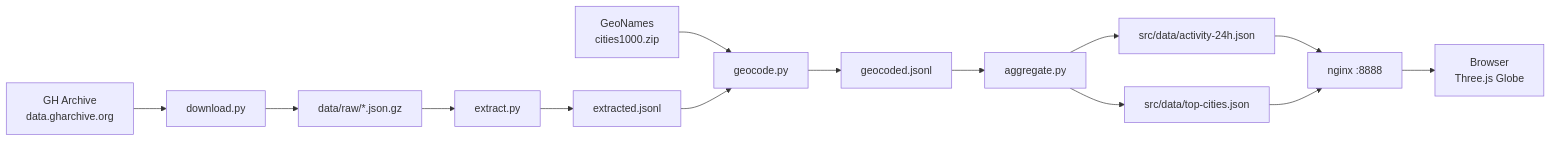
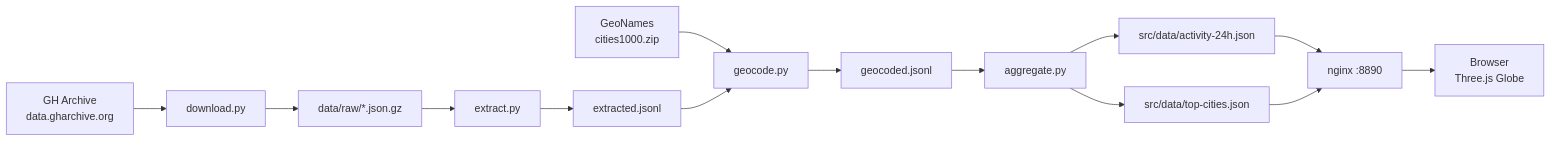
Before and after one commit to ai-coding-lab/coders-follow-the-sun: the first of 3 diagrams in doc/architecture.md, drawn with Mermaid. The commit also changed other lines of this file and 4 other files, not shown here.

````diff
--- a/doc/architecture.md
+++ b/doc/architecture.md
@@ -41,16 +42,16 @@
 ```mermaid
 flowchart LR
     GA[GH Archive<br/>data.gharchive.org] --> DL[download.py]
     GN[GeoNames<br/>cities1000.zip] --> GC[geocode.py]
     DL --> RAW[data/raw/*.json.gz]
     RAW --> EX[extract.py]
     EX --> EJ[extracted.jsonl]
     EJ --> GC
     GC --> GJ[geocoded.jsonl]
     GJ --> AG[aggregate.py]
     AG --> AJ[src/data/activity-24h.json]
     AG --> TC[src/data/top-cities.json]
-    AJ --> WEB[nginx :8888]
+    AJ --> WEB[nginx :8890]
     TC --> WEB
     WEB --> USER[Browser<br/>Three.js Globe]
 ```
````
